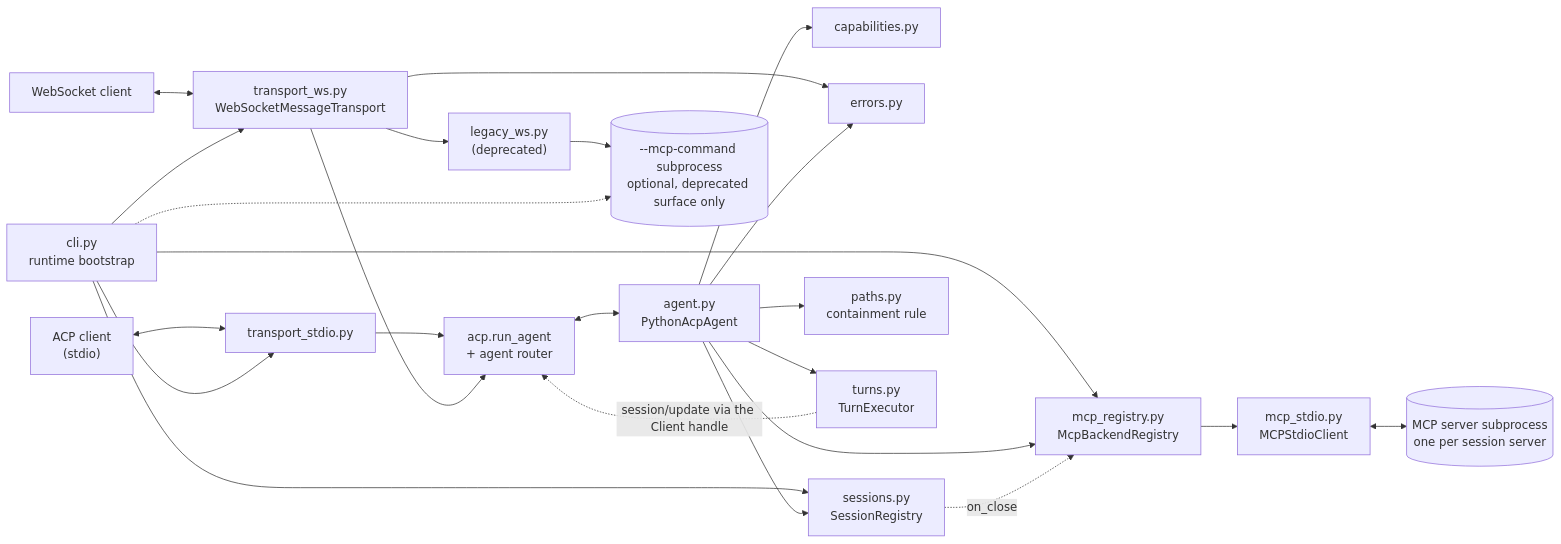
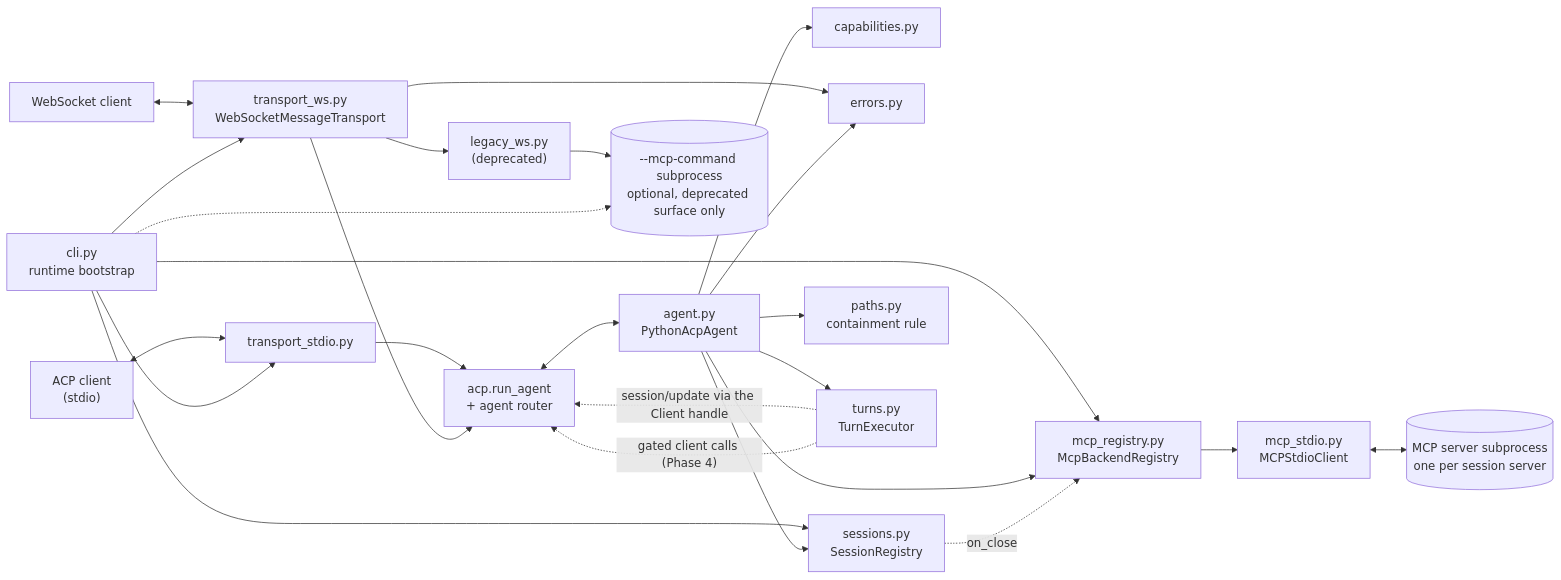
One commit to Digital-Dimentia/python-acp changed the first of 4 diagrams in ARCHITECTURE.md. Above: the diagram before and after it, drawn with Mermaid. The commit also changed other lines of this file and 9 other files, not shown here.

````diff
--- a/ARCHITECTURE.md
+++ b/ARCHITECTURE.md
@@ -23,44 +23,45 @@
 ```mermaid
 flowchart LR
     Editor["ACP client<br/>(stdio)"]
     WsClient["WebSocket client"]
     CLI["cli.py<br/>runtime bootstrap"]
     TStdio["transport_stdio.py"]
     TWs["transport_ws.py<br/>WebSocketMessageTransport"]
     Legacy["legacy_ws.py<br/>(deprecated)"]
     SDK["acp.run_agent<br/>+ agent router"]
     Agent["agent.py<br/>PythonAcpAgent"]
     Caps["capabilities.py"]
     Errors["errors.py"]
     Sessions["sessions.py<br/>SessionRegistry"]
     Paths["paths.py<br/>containment rule"]
     Turns["turns.py<br/>TurnExecutor"]
     Backends["mcp_registry.py<br/>McpBackendRegistry"]
     MCPClient["mcp_stdio.py<br/>MCPStdioClient"]
     MCPProc[("MCP server subprocess<br/>one per session server")]
     StartupProc[("--mcp-command subprocess<br/>optional, deprecated surface only")]
 
     Editor <--> TStdio
     WsClient <--> TWs
     CLI --> TStdio
     CLI --> TWs
     CLI --> Sessions
     CLI --> Backends
     TStdio --> SDK
     TWs --> SDK
     TWs --> Legacy
     TWs --> Errors
     SDK <--> Agent
     Agent --> Caps
     Agent --> Errors
     Agent --> Sessions
     Agent --> Paths
     Agent --> Turns
     Agent --> Backends
     Sessions -. "on_close" .-> Backends
     Turns -. "session/update via the Client handle" .-> SDK
+    Turns -. "gated client calls (Phase 4)" .-> SDK
     Backends --> MCPClient
     MCPClient <--> MCPProc
     Legacy --> StartupProc
     CLI -.-> StartupProc
 ```
````
